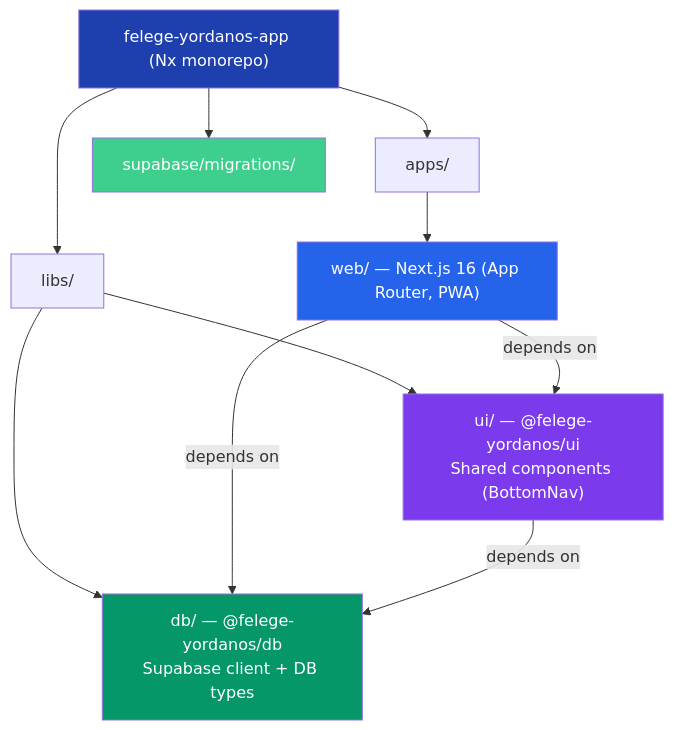
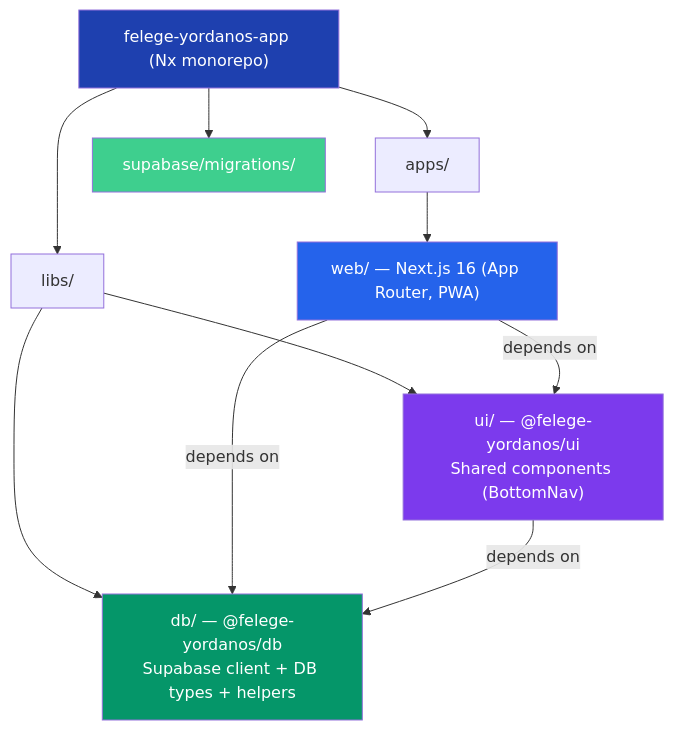
The first of 2 diagrams in docs/architecture.md (Felege-Yordanos-Tech-Team/felege-yordanos-app), drawn with Mermaid before and after one commit. The commit also changed other lines of this file and 3 other files, not shown here.

First line of the commit message:
docs: 📝 update all architecture docs for latest features

````diff
--- a/docs/architecture.md
+++ b/docs/architecture.md
@@ -5,23 +5,23 @@
 ```mermaid
 graph TD
     ROOT["felege-yordanos-app (Nx monorepo)"]
 
     ROOT --> APPS["apps/"]
     ROOT --> LIBS["libs/"]
     ROOT --> SUPA["supabase/migrations/"]
 
     APPS --> WEB["web/ — Next.js 16 (App Router, PWA)"]
 
     LIBS --> UI["ui/ — @felege-yordanos/ui<br/>Shared components (BottomNav)"]
-    LIBS --> DB["db/ — @felege-yordanos/db<br/>Supabase client + DB types"]
+    LIBS --> DB["db/ — @felege-yordanos/db<br/>Supabase client + DB types + helpers"]
 
     WEB --> |depends on| UI
     WEB --> |depends on| DB
     UI --> |depends on| DB
 
     style ROOT fill:#1e40af,color:#fff
     style WEB fill:#2563eb,color:#fff
     style UI fill:#7c3aed,color:#fff
     style DB fill:#059669,color:#fff
     style SUPA fill:#3ecf8e,color:#fff
 ```
````
